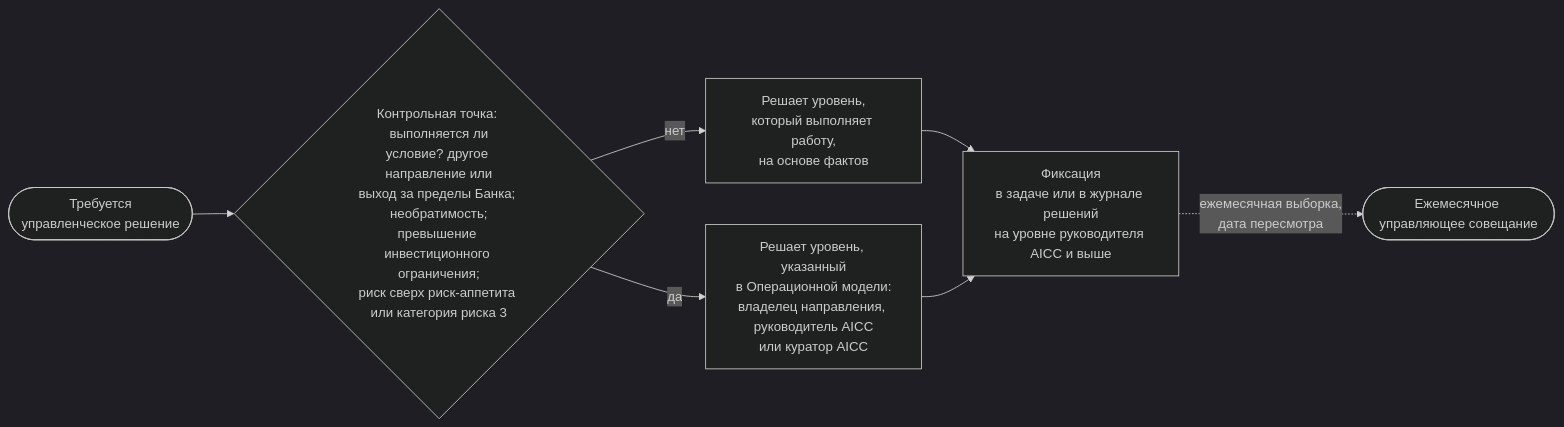
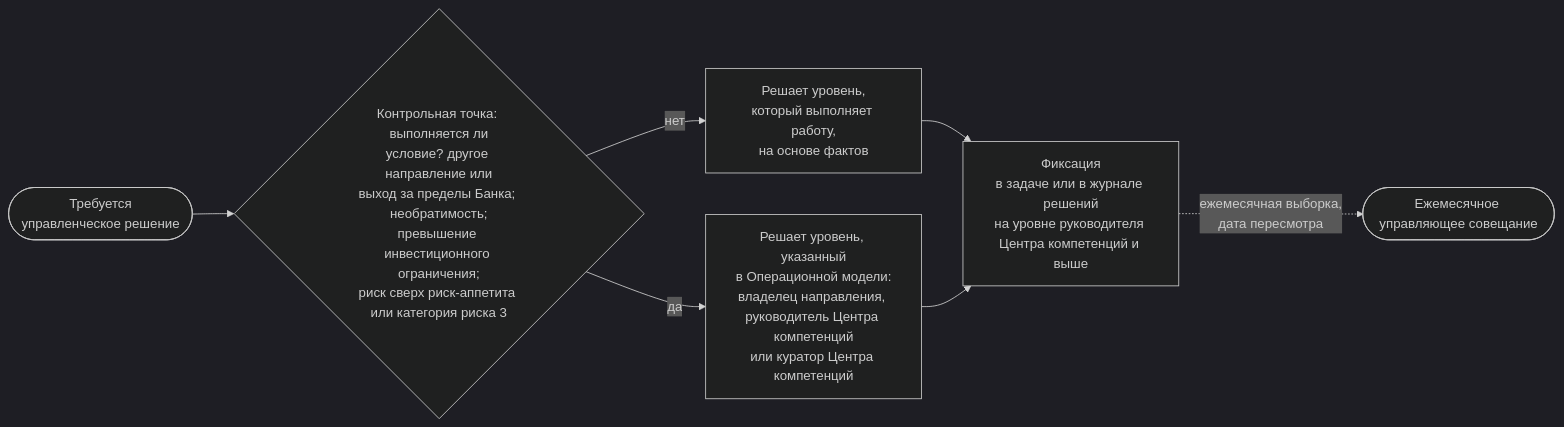
Before and after one commit to devhogu/ob-aicc: the diagram in portal/content/ru/governance/decisions-and-escalation.md, drawn with Mermaid (dark theme). The commit also changed other lines of this file and 1149 other files, not shown here.

````diff
--- a/portal/content/ru/governance/decisions-and-escalation.md
+++ b/portal/content/ru/governance/decisions-and-escalation.md
@@ -24,9 +24,9 @@
 ```mermaid
 flowchart LR
   D(["Требуется<br/>управленческое решение"]) --> Q{"Контрольная точка: выполняется ли<br/>условие? другое направление или<br/>выход за пределы Банка; необратимость;<br/>превышение инвестиционного ограничения;<br/>риск сверх риск-аппетита или категория риска 3"}
   Q -->|"нет"| L["Решает уровень,<br/>который выполняет работу,<br/>на основе фактов"]
-  Q -->|"да"| U["Решает уровень, указанный<br/>в Операционной модели:<br/>владелец направления, руководитель AICC<br/>или куратор AICC"]
-  L --> R["Фиксация<br/>в задаче или в журнале решений<br/>на уровне руководителя AICC и выше"]
+  Q -->|"да"| U["Решает уровень, указанный<br/>в Операционной модели:<br/>владелец направления, руководитель Центра компетенций<br/>или куратор Центра компетенций"]
+  L --> R["Фиксация<br/>в задаче или в журнале решений<br/>на уровне руководителя Центра компетенций и выше"]
   U --> R
   R -.->|"ежемесячная выборка,<br/>дата пересмотра"| S(["Ежемесячное управляющее совещание"])
 ```
````
